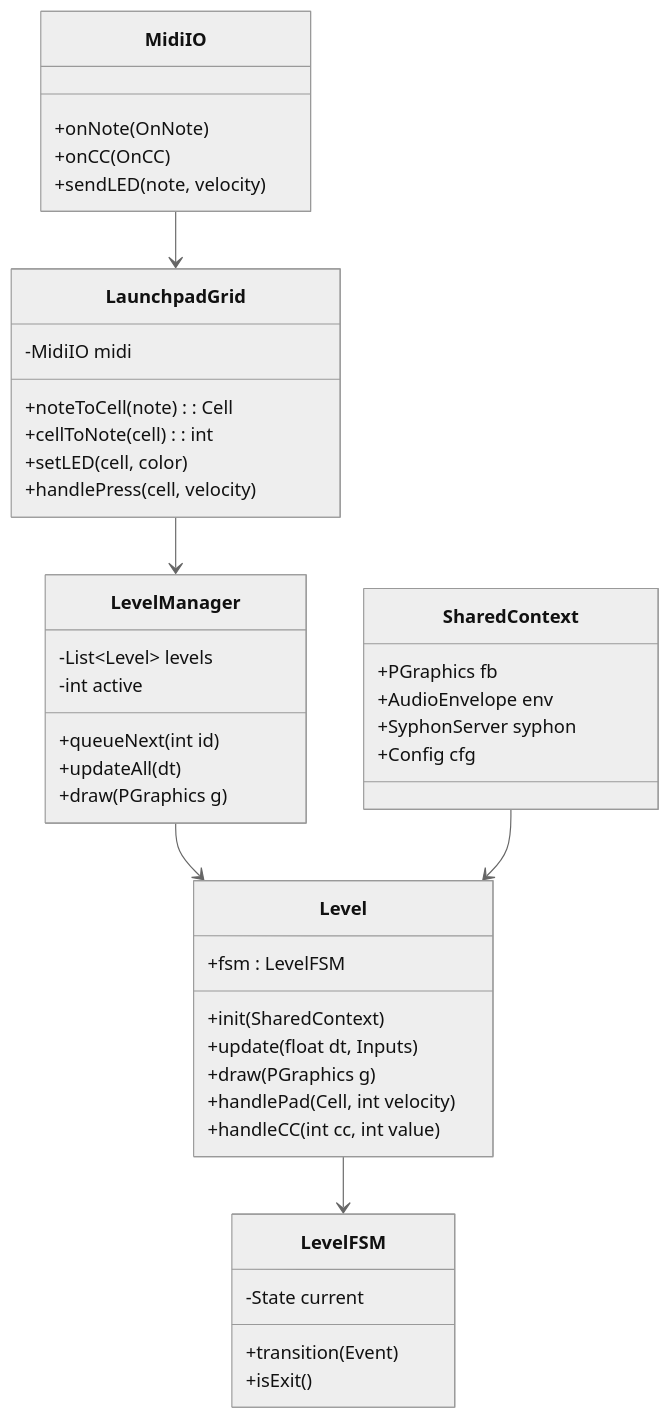
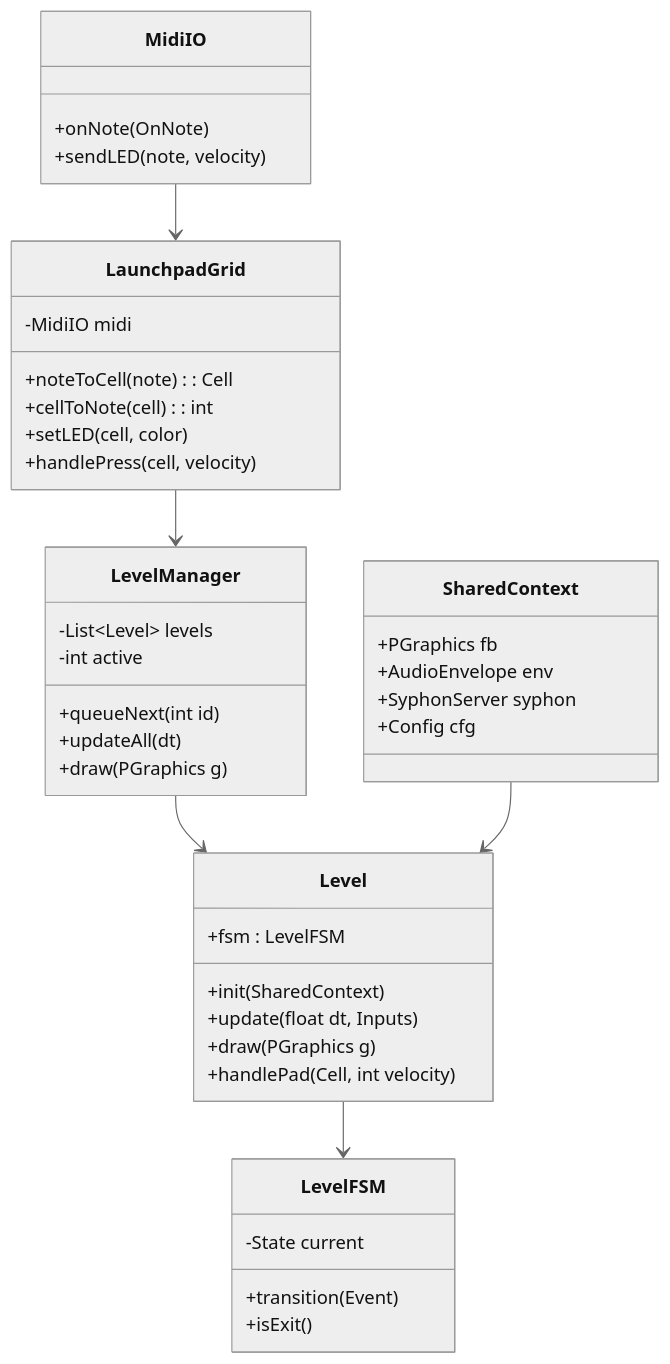
Before and after one commit to abossard/synesthesia-visuals: diagram 15 of 15 in docs/processing-syphon-idea-board.md, drawn with Mermaid (neutral theme). The commit also changed other lines of this file and 1 other file, not shown here.

````diff
--- a/docs/processing-syphon-idea-board.md
+++ b/docs/processing-syphon-idea-board.md
@@ -528,46 +536,44 @@
 ```mermaid
 classDiagram
     class MidiIO {
       +onNote(OnNote)
-      +onCC(OnCC)
       +sendLED(note, velocity)
     }
     class LaunchpadGrid {
       -MidiIO midi
       +noteToCell(note): Cell
       +cellToNote(cell): int
       +setLED(cell, color)
       +handlePress(cell, velocity)
     }
     class LevelFSM {
       -State current
       +transition(Event)
       +isExit()
     }
     class Level {
       +init(SharedContext)
       +update(float dt, Inputs)
       +draw(PGraphics g)
       +handlePad(Cell, int velocity)
-      +handleCC(int cc, int value)
       +fsm : LevelFSM
     }
     class LevelManager {
       -List~Level~ levels
       -int active
       +queueNext(int id)
       +updateAll(dt)
       +draw(PGraphics g)
     }
     class SharedContext {
       +PGraphics fb
       +AudioEnvelope env
       +SyphonServer syphon
       +Config cfg
     }
     MidiIO --> LaunchpadGrid
     LaunchpadGrid --> LevelManager
     LevelManager --> Level
     Level --> LevelFSM
     SharedContext --> Level
 ```
````
